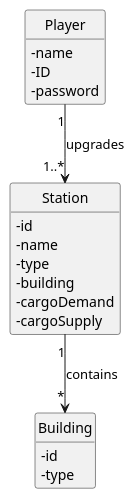
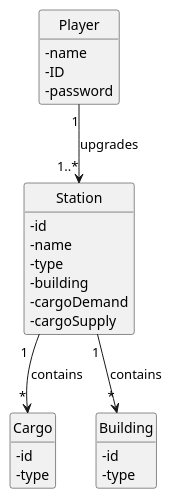
Before and after one commit to ivasduarte/all-aboard: the diagram in docs/sprint2/us006/02.analysis/puml/us006-domain-model.puml, drawn with PlantUML. The commit also changed 4 other files, not shown here.

```diff
--- a/docs/sprint2/us006/02.analysis/puml/us006-domain-model.puml
+++ b/docs/sprint2/us006/02.analysis/puml/us006-domain-model.puml
@@ -1,34 +1,40 @@
 @startuml
 skinparam monochrome true
 skinparam packageStyle rectangle
 skinparam shadowing false
 
 skinparam classAttributeIconSize 0
 
 hide circle
 hide methods
 
 class Player {
     - name
     - ID
     - password
 }
 
 class Station {
     - id
     - name
     - type
     - building
     - cargoDemand
     - cargoSupply
 }
 
+class Cargo{
+    - id
+    - type
+}
+
 class Building {
     - id
     - type
 }
 
 Player "1" --> "1..*" Station : upgrades
 Station "1" --> "*" Building : contains
+Station "1  " --> "*" Cargo: contains
 
 @enduml
```
